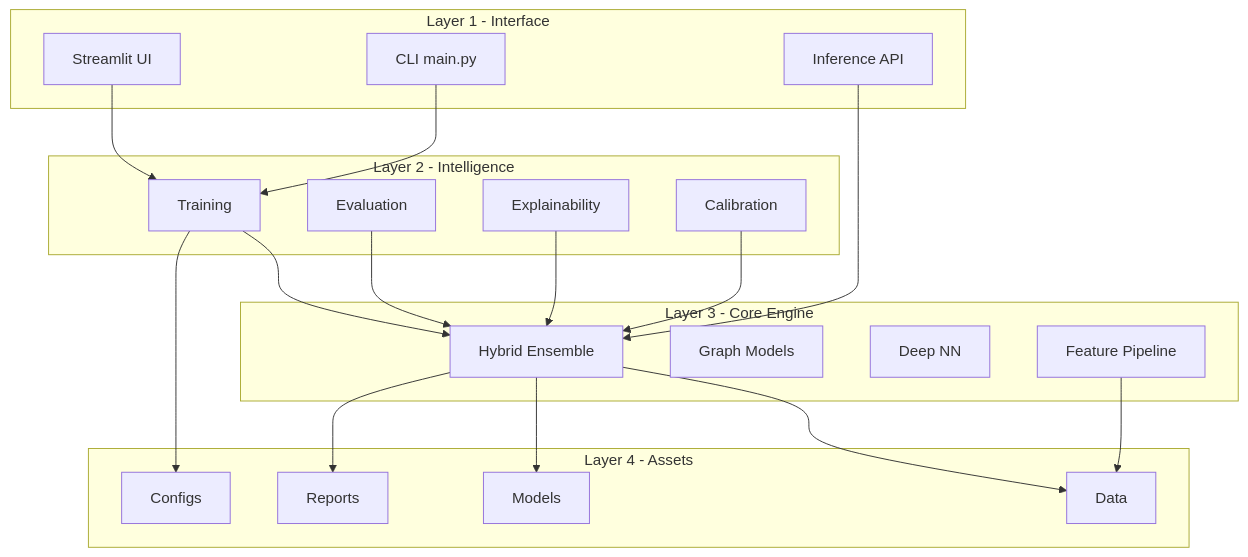
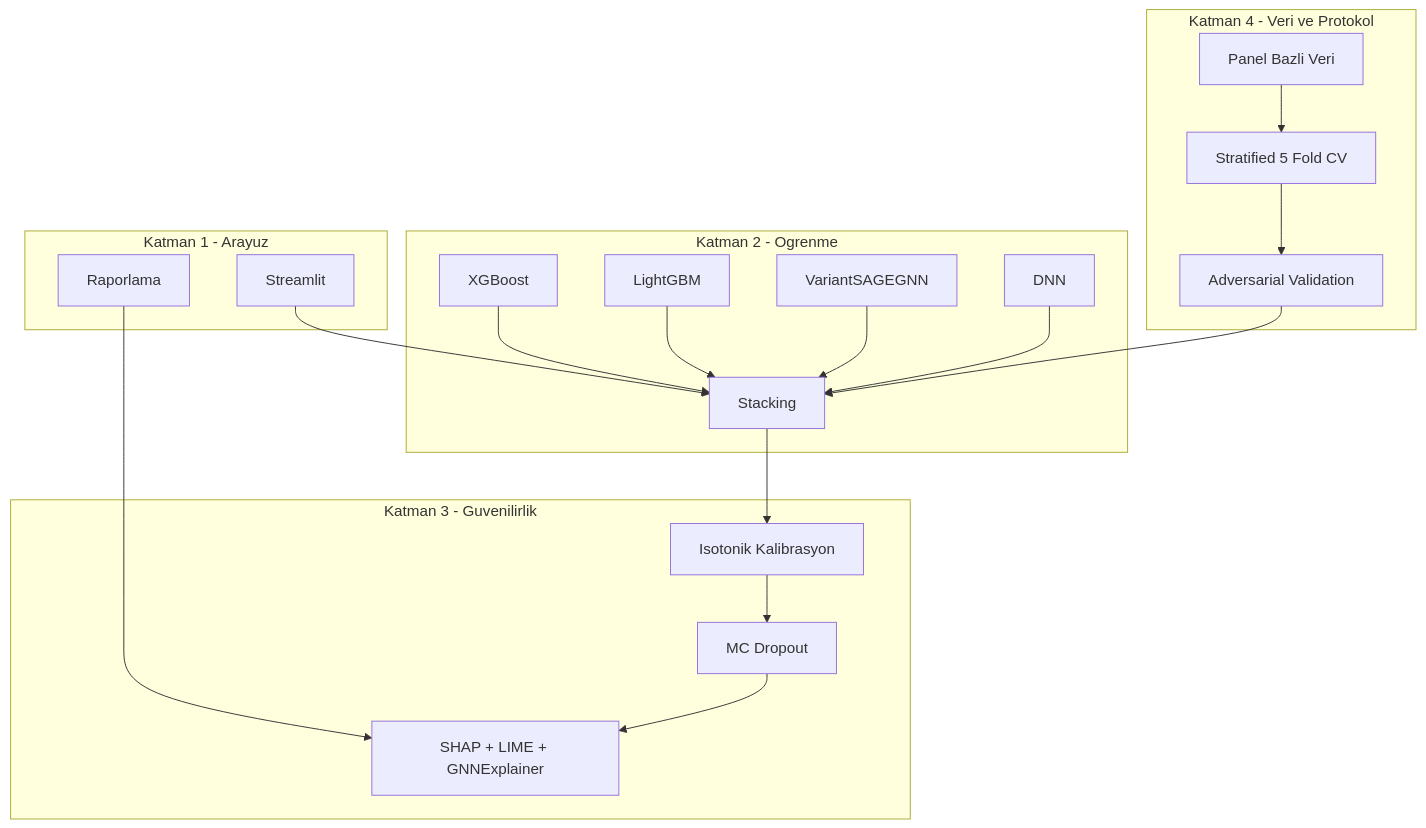
Before and after one commit to msgxr/VARIANT-GNN: the second of 2 diagrams in README.md, drawn with Mermaid. The commit also changed other lines of this file, not shown here.

````diff
--- a/README.md
+++ b/README.md
@@ -82,42 +64,38 @@
 ```mermaid
 flowchart TB
-    subgraph L1[Layer 1 - Interface]
-      UI[Streamlit UI]
-      CLI[CLI main.py]
-      API[Inference API]
+    subgraph K1[Katman 1 - Arayuz]
+      U1[Streamlit]
+      U2[Raporlama]
     end
 
-    subgraph L2[Layer 2 - Intelligence]
-      TR[Training]
-      EV[Evaluation]
-      XA[Explainability]
-      CAL[Calibration]
+    subgraph K2[Katman 2 - Ogrenme]
+      M1[XGBoost]
+      M2[LightGBM]
+      M3[VariantSAGEGNN]
+      M4[DNN]
+      M5[Stacking]
     end
 
-    subgraph L3[Layer 3 - Core Engine]
-      ENS[Hybrid Ensemble]
-      GNN[Graph Models]
-      DNN[Deep NN]
-      FEAT[Feature Pipeline]
+    subgraph K3[Katman 3 - Guvenilirlik]
+      P1[Isotonik Kalibrasyon]
+      P2[MC Dropout]
+      P3[SHAP + LIME + GNNExplainer]
     end
 
-    subgraph L4[Layer 4 - Assets]
-      DATA[Data]
-      MODELS[Models]
-      REPORTS[Reports]
-      CFG[Configs]
+    subgraph K4[Katman 4 - Veri ve Protokol]
+      D1[Panel Bazli Veri]
+      D2[Stratified 5 Fold CV]
+      D3[Adversarial Validation]
     end
 
-    UI --> TR
-    CLI --> TR
-    API --> ENS
-    TR --> ENS
-    EV --> ENS
-    XA --> ENS
-    CAL --> ENS
-    ENS --> DATA
-    ENS --> MODELS
-    ENS --> REPORTS
-    FEAT --> DATA
-    TR --> CFG
+    U1 --> M5
+    U2 --> P3
+    M1 --> M5
+    M2 --> M5
+    M3 --> M5
+    M4 --> M5
+    M5 --> P1
+    P1 --> P2
+    P2 --> P3
+    D1 --> D2 --> D3 --> M5
 ```
````
